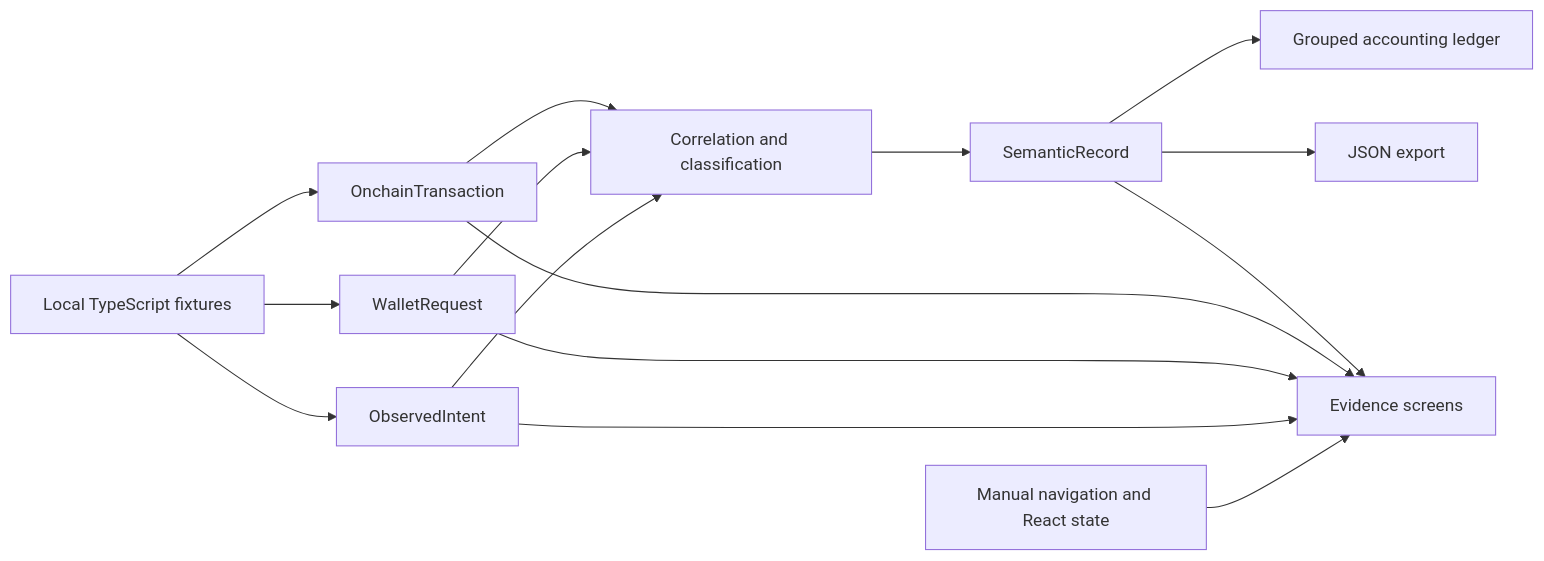
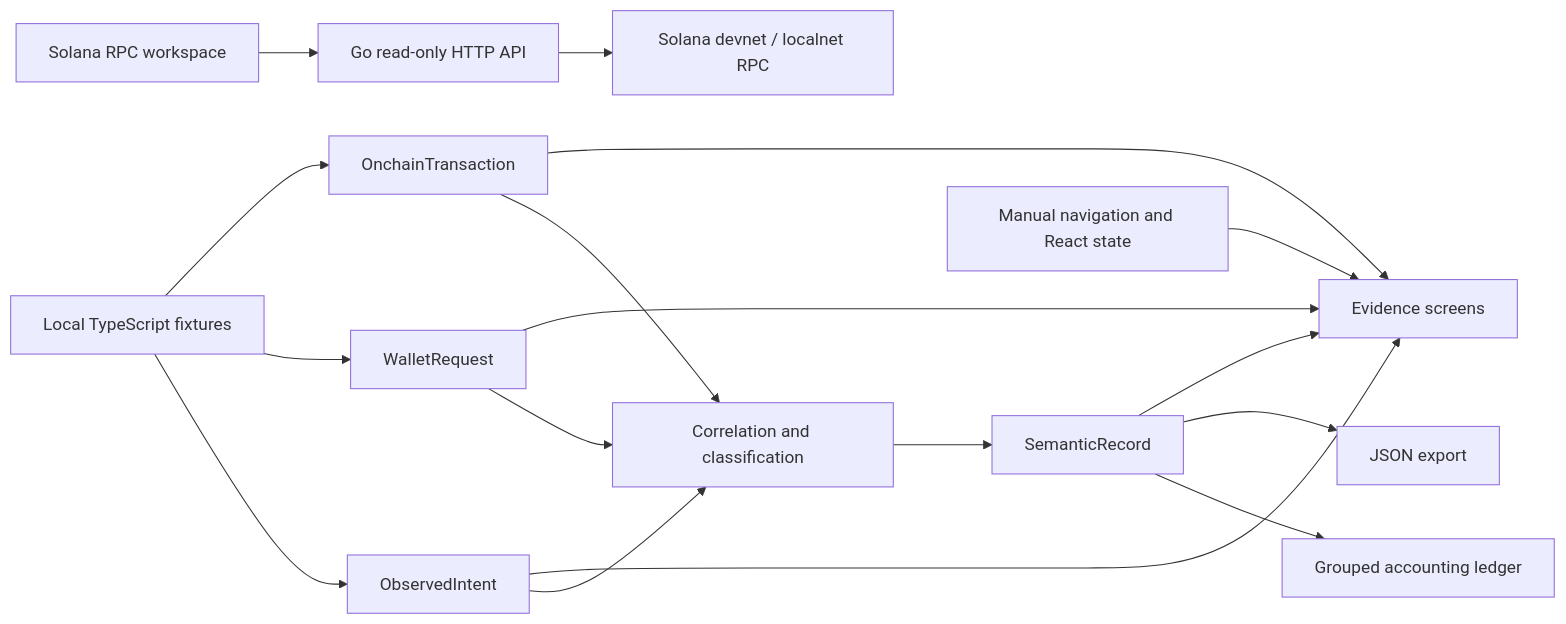
The diagram in README.md (tomsyoya/intentledger), drawn with Mermaid before and after one commit. The commit also changed other lines of this file and 24 other files, not shown here.

Commit message:
feat: add read-only Go Solana RPC backend and manual lookup UI

````diff
--- a/README.md
+++ b/README.md
@@ -104,17 +119,19 @@
 ```mermaid
 flowchart LR
   F[Local TypeScript fixtures] --> I[ObservedIntent]
   F --> W[WalletRequest]
   F --> T[OnchainTransaction]
   I --> C[Correlation and classification]
   W --> C
   T --> C
   C --> R[SemanticRecord]
   R --> A[Grouped accounting ledger]
   R --> J[JSON export]
   N[Manual navigation and React state] --> U[Evidence screens]
+  L[Solana RPC workspace] --> G[Go read-only HTTP API]
+  G --> S[Solana devnet / localnet RPC]
   I --> U
   W --> U
   T --> U
   R --> U
 ```
````
